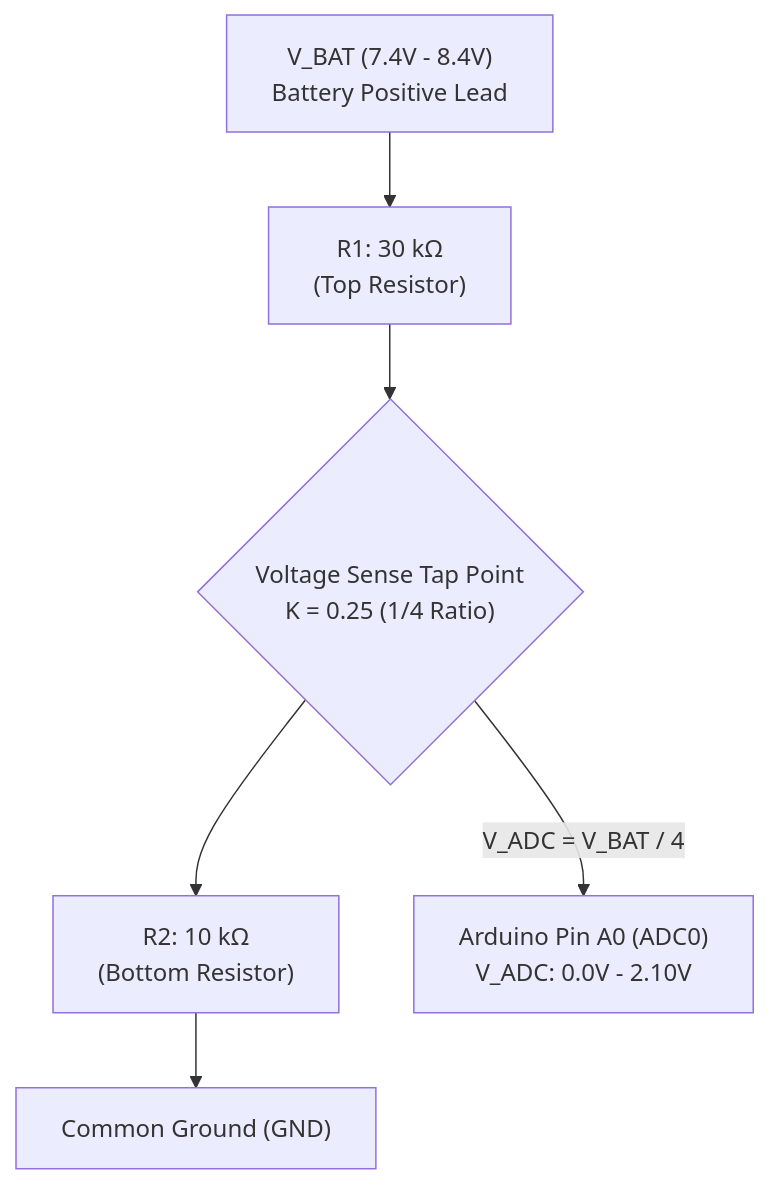
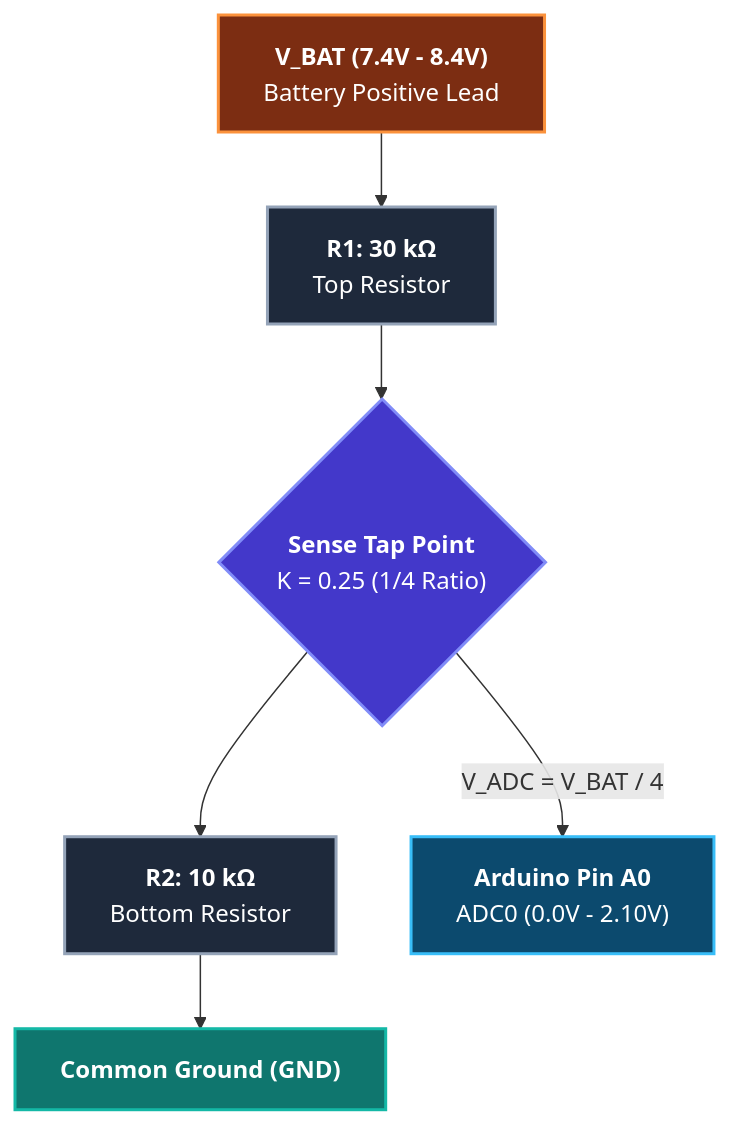
The second of 2 diagrams in hw/power_supply.md (dof2bot/trackedbot), drawn with Mermaid before and after one commit. The commit also changed other lines of this file and 8 other files, not shown here.

````diff
--- a/hw/power_supply.md
+++ b/hw/power_supply.md
@@ -136,15 +148,27 @@
 ```mermaid
 flowchart TD
-    VBAT["V_BAT (7.4V - 8.4V)<br/>Battery Positive Lead"]
-    R1["R1: 30 kΩ<br/>(Top Resistor)"]
-    TAP{"Voltage Sense Tap Point<br/>K = 0.25 (1/4 Ratio)"}
-    R2["R2: 10 kΩ<br/>(Bottom Resistor)"]
-    A0["Arduino Pin A0 (ADC0)<br/>V_ADC: 0.0V - 2.10V"]
-    GND["Common Ground (GND)"]
+    VBAT["<b>V_BAT (7.4V - 8.4V)</b><br/>Battery Positive Lead"]
+    R1["<b>R1: 30 kΩ</b><br/>Top Resistor"]
+    TAP{"<b>Sense Tap Point</b><br/>K = 0.25 (1/4 Ratio)"}
+    R2["<b>R2: 10 kΩ</b><br/>Bottom Resistor"]
+    A0["<b>Arduino Pin A0</b><br/>ADC0 (0.0V - 2.10V)"]
+    GND["<b>Common Ground (GND)</b>"]
 
     VBAT --> R1
     R1 --> TAP
     TAP -->|"V_ADC = V_BAT / 4"| A0
     TAP --> R2
     R2 --> GND
+
+    classDef vbatStyle fill:#7c2d12,stroke:#fb923c,stroke-width:2px,color:#ffffff;
+    classDef resStyle fill:#1e293b,stroke:#94a3b8,stroke-width:2px,color:#ffffff;
+    classDef tapStyle fill:#4338ca,stroke:#818cf8,stroke-width:2px,color:#ffffff;
+    classDef adcStyle fill:#0c4a6e,stroke:#38bdf8,stroke-width:2px,color:#ffffff;
+    classDef gndStyle fill:#0f766e,stroke:#14b8a6,stroke-width:2px,color:#ffffff;
+
+    class VBAT vbatStyle;
+    class R1,R2 resStyle;
+    class TAP tapStyle;
+    class A0 adcStyle;
+    class GND gndStyle;
 ```
````
